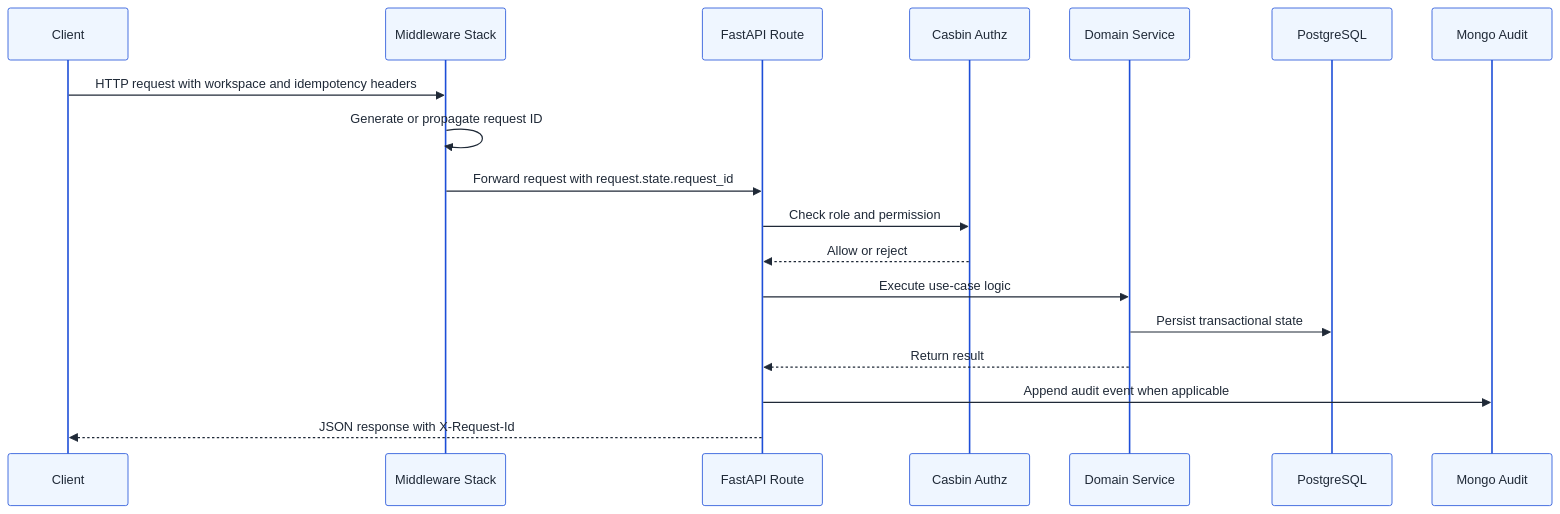
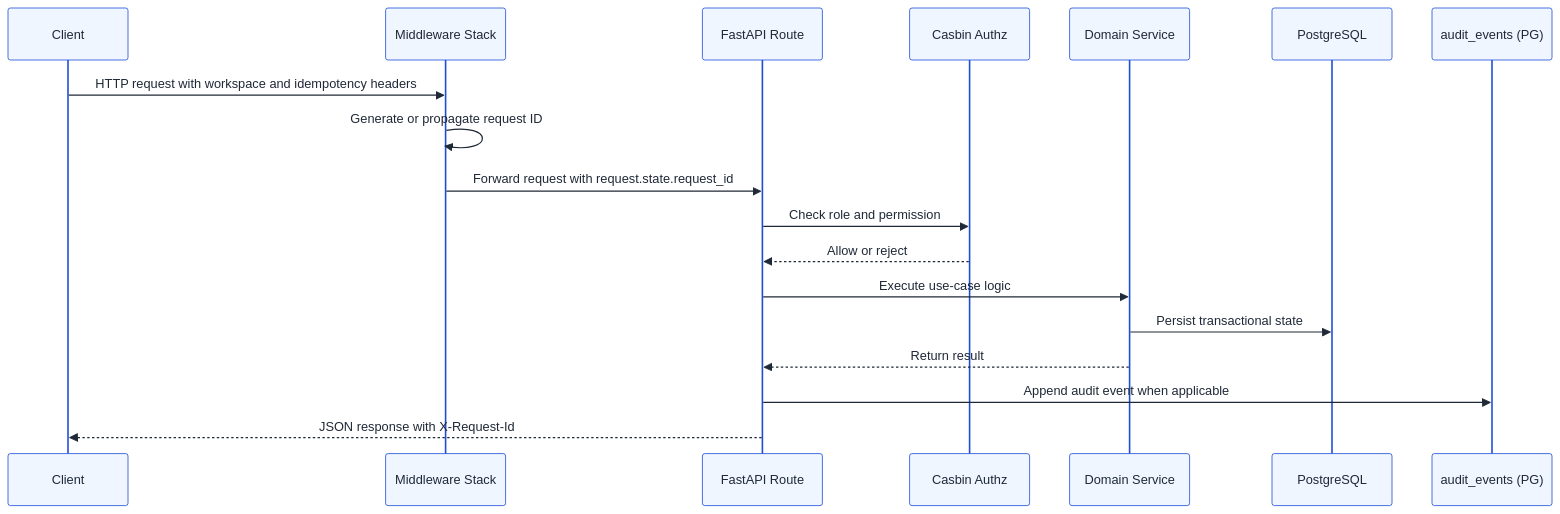
One commit to karthikrchandran/SignalLoop changed the first of 9 diagrams in docs/architecture/process-flows.md. Above: the diagram before and after it, drawn with Mermaid. The commit also changed other lines of this file and 110 other files, not shown here.

````diff
--- a/docs/architecture/process-flows.md
+++ b/docs/architecture/process-flows.md
@@ -16,22 +16,22 @@
 ```mermaid
 %%{init: {"theme": "base", "themeVariables": {"primaryColor": "#EFF6FF", "primaryTextColor": "#1F2937", "primaryBorderColor": "#1D4ED8", "lineColor": "#334155", "secondaryColor": "#F3F4F6", "secondaryTextColor": "#1F2937", "tertiaryColor": "#DBEAFE", "tertiaryTextColor": "#1E3A8A", "background": "#F9FAFB", "clusterBkg": "#FFFFFF", "clusterBorder": "#BFDBFE", "fontFamily": "Inter, Segoe UI, sans-serif"}}}%%
 sequenceDiagram
     participant Client
     participant Middleware as Middleware Stack
     participant Route as FastAPI Route
     participant Authz as Casbin Authz
     participant Domain as Domain Service
     participant PG as PostgreSQL
-    participant Mongo as Mongo Audit
+    participant Audit as audit_events (PG)
 
     Client->>Middleware: HTTP request with workspace and idempotency headers
     Middleware->>Middleware: Generate or propagate request ID
     Middleware->>Route: Forward request with request.state.request_id
     Route->>Authz: Check role and permission
     Authz-->>Route: Allow or reject
     Route->>Domain: Execute use-case logic
     Domain->>PG: Persist transactional state
     Domain-->>Route: Return result
-    Route->>Mongo: Append audit event when applicable
+    Route->>Audit: Append audit event when applicable
     Route-->>Client: JSON response with X-Request-Id
 ```
````
